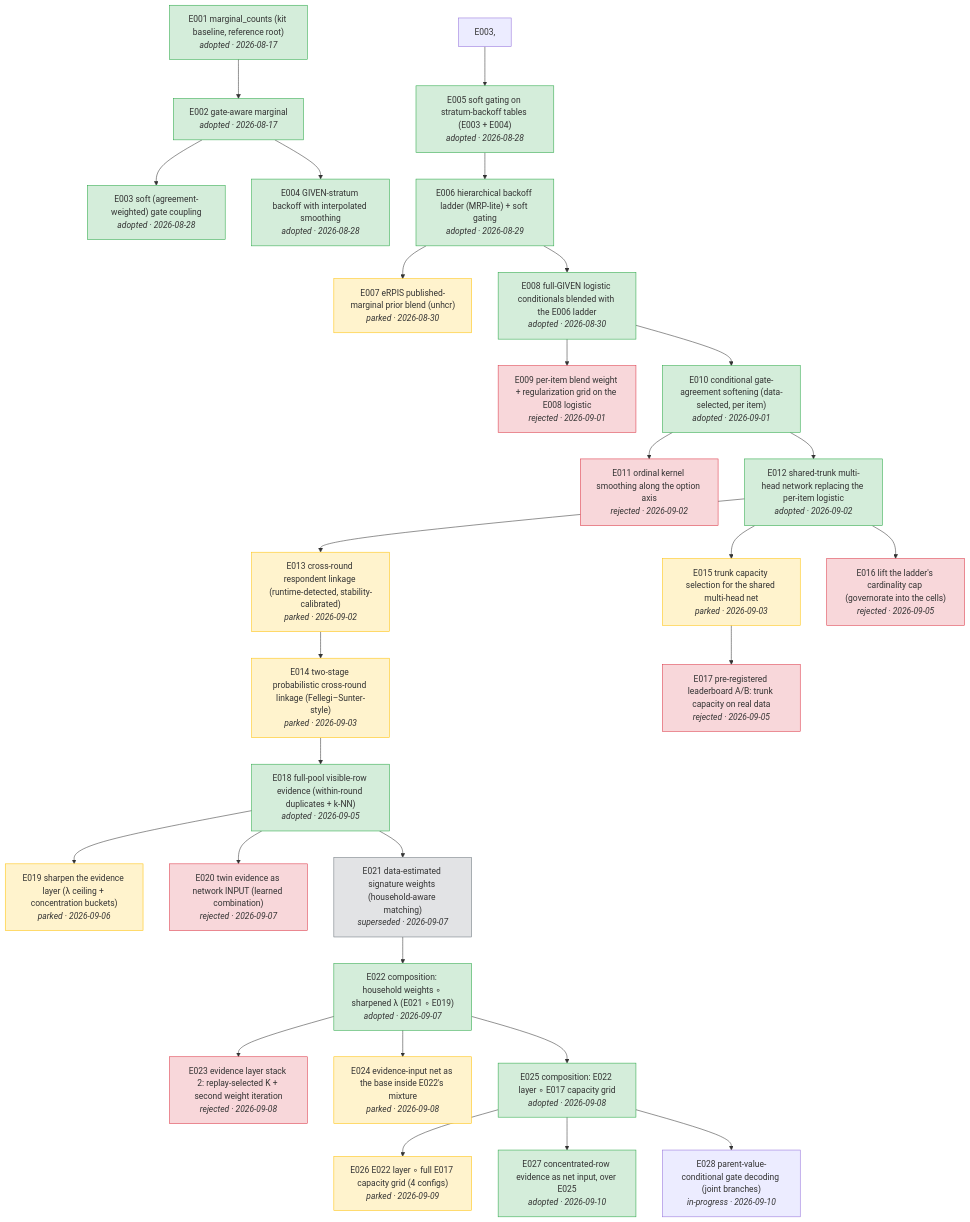
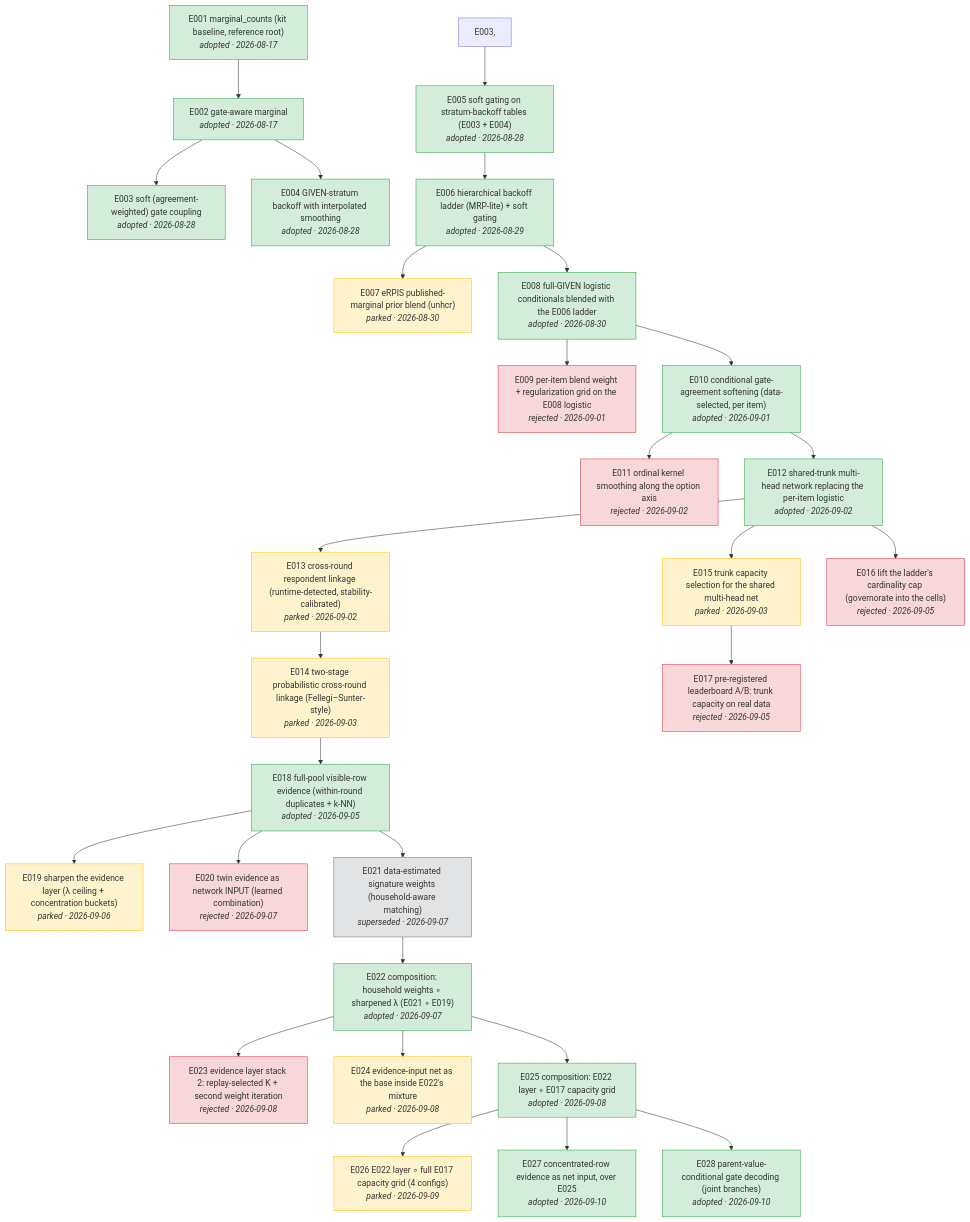
One commit to joon56/Simulacrabench-NeurIPS-2026- changed the diagram in docs/tree.md. Above: the diagram before and after it, drawn with Mermaid. The commit also changed 6 other files, not shown here.

First line of the commit message:
E028: parent-value-conditional gate decoding adopted, submission #16

````diff
--- a/docs/tree.md
+++ b/docs/tree.md
@@ -5,66 +5,66 @@
 ```mermaid
 flowchart TD
     E001["E001 marginal_counts (kit baseline, reference root)<br/><i>adopted · 2026-08-17</i>"]
     E002["E002 gate-aware marginal<br/><i>adopted · 2026-08-17</i>"]
     E001 --> E002
     E003["E003 soft (agreement-weighted) gate coupling<br/><i>adopted · 2026-08-28</i>"]
     E002 --> E003
     E004["E004 GIVEN-stratum backoff with interpolated smoothing<br/><i>adopted · 2026-08-28</i>"]
     E002 --> E004
     E005["E005 soft gating on stratum-backoff tables (E003 + E004)<br/><i>adopted · 2026-08-28</i>"]
     E003, --> E005
     E006["E006 hierarchical backoff ladder (MRP-lite) + soft gating<br/><i>adopted · 2026-08-29</i>"]
     E005 --> E006
     E007["E007 eRPIS published-marginal prior blend (unhcr)<br/><i>parked · 2026-08-30</i>"]
     E006 --> E007
     E008["E008 full-GIVEN logistic conditionals blended with the E006 ladder<br/><i>adopted · 2026-08-30</i>"]
     E006 --> E008
     E009["E009 per-item blend weight + regularization grid on the E008 logistic<br/><i>rejected · 2026-09-01</i>"]
     E008 --> E009
     E010["E010 conditional gate-agreement softening (data-selected, per item)<br/><i>adopted · 2026-09-01</i>"]
     E008 --> E010
     E011["E011 ordinal kernel smoothing along the option axis<br/><i>rejected · 2026-09-02</i>"]
     E010 --> E011
     E012["E012 shared-trunk multi-head network replacing the per-item logistic<br/><i>adopted · 2026-09-02</i>"]
     E010 --> E012
     E013["E013 cross-round respondent linkage (runtime-detected, stability-calibrated)<br/><i>parked · 2026-09-02</i>"]
     E012 --> E013
     E014["E014 two-stage probabilistic cross-round linkage (Fellegi–Sunter-style)<br/><i>parked · 2026-09-03</i>"]
     E013 --> E014
     E015["E015 trunk capacity selection for the shared multi-head net<br/><i>parked · 2026-09-03</i>"]
     E012 --> E015
     E016["E016 lift the ladder's cardinality cap (governorate into the cells)<br/><i>rejected · 2026-09-05</i>"]
     E012 --> E016
     E017["E017 pre-registered leaderboard A/B: trunk capacity on real data<br/><i>rejected · 2026-09-05</i>"]
     E015 --> E017
     E018["E018 full-pool visible-row evidence (within-round duplicates + k-NN)<br/><i>adopted · 2026-09-05</i>"]
     E014 --> E018
     E019["E019 sharpen the evidence layer (λ ceiling + concentration buckets)<br/><i>parked · 2026-09-06</i>"]
     E018 --> E019
     E020["E020 twin evidence as network INPUT (learned combination)<br/><i>rejected · 2026-09-07</i>"]
     E018 --> E020
     E021["E021 data-estimated signature weights (household-aware matching)<br/><i>superseded · 2026-09-07</i>"]
     E018 --> E021
     E022["E022 composition: household weights ∘ sharpened λ (E021 ∘ E019)<br/><i>adopted · 2026-09-07</i>"]
     E021 --> E022
     E023["E023 evidence layer stack 2: replay-selected K + second weight iteration<br/><i>rejected · 2026-09-08</i>"]
     E022 --> E023
     E024["E024 evidence-input net as the base inside E022's mixture<br/><i>parked · 2026-09-08</i>"]
     E022 --> E024
     E025["E025 composition: E022 layer ∘ E017 capacity grid<br/><i>adopted · 2026-09-08</i>"]
     E022 --> E025
     E026["E026 E022 layer ∘ full E017 capacity grid (4 configs)<br/><i>parked · 2026-09-09</i>"]
     E025 --> E026
     E027["E027 concentrated-row evidence as net input, over E025<br/><i>adopted · 2026-09-10</i>"]
     E025 --> E027
-    E028["E028 parent-value-conditional gate decoding (joint branches)<br/><i>in-progress · 2026-09-10</i>"]
+    E028["E028 parent-value-conditional gate decoding (joint branches)<br/><i>adopted · 2026-09-10</i>"]
     E025 --> E028
     classDef adopted fill:#d4edda,stroke:#28a745
-    class E001,E002,E003,E004,E005,E006,E008,E010,E012,E018,E022,E025,E027 adopted
+    class E001,E002,E003,E004,E005,E006,E008,E010,E012,E018,E022,E025,E027,E028 adopted
     classDef rejected fill:#f8d7da,stroke:#dc3545
     class E009,E011,E016,E017,E020,E023 rejected
     classDef parked fill:#fff3cd,stroke:#ffc107
     class E007,E013,E014,E015,E019,E024,E026 parked
     classDef superseded fill:#e2e3e5,stroke:#6c757d
     class E021 superseded
 ```
````
